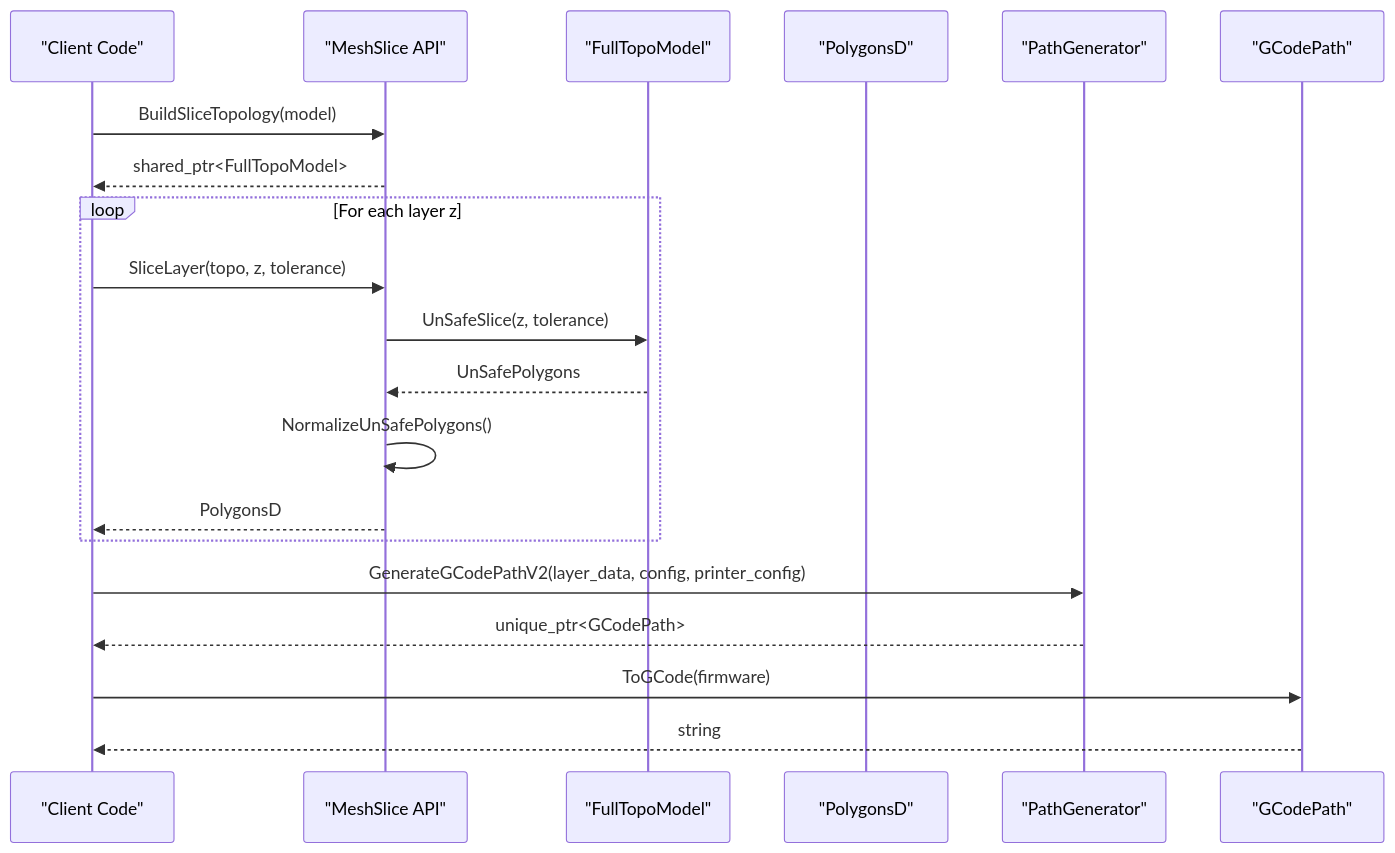
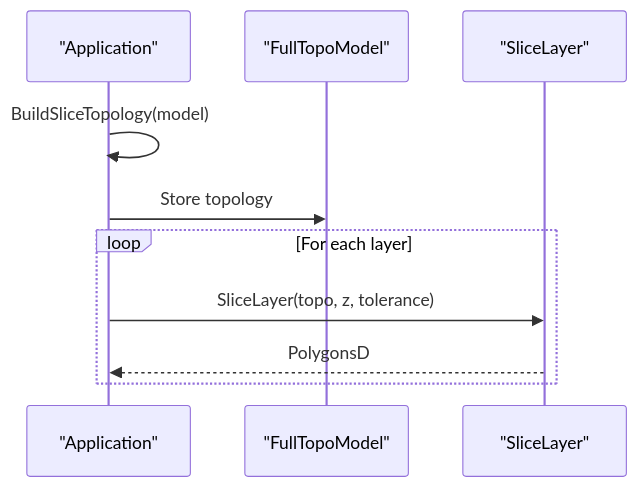
One commit to hsmbanlance/HsBaSlicer changed the fourth of 12 diagrams in .qoder/repowiki/en/content/API Reference/C++ Library API/C++ Library API.md. Above: the diagram before and after it, drawn with Mermaid. The commit also changed other lines of this file and 1095 other files, not shown here.

````diff
--- a/.qoder/repowiki/en/content/API Reference/C++ Library API/C++ Library API.md
+++ b/.qoder/repowiki/en/content/API Reference/C++ Library API/C++ Library API.md
@@ -126,22 +268,12 @@
 ```mermaid
 sequenceDiagram
-participant Client as "Client Code"
-participant Slice as "MeshSlice API"
+participant App as "Application"
 participant Topo as "FullTopoModel"
-participant Poly as "PolygonsD"
-participant Path as "PathGenerator"
-participant GCode as "GCodePath"
-Client->>Slice : BuildSliceTopology(model)
-Slice-->>Client : shared_ptr<FullTopoModel>
-loop For each layer z
-Client->>Slice : SliceLayer(topo, z, tolerance)
-Slice->>Topo : UnSafeSlice(z, tolerance)
-Topo-->>Slice : UnSafePolygons
-Slice->>Slice : NormalizeUnSafePolygons()
-Slice-->>Client : PolygonsD
+participant Slice as "SliceLayer"
+App->>App : BuildSliceTopology(model)
+App->>Topo : Store topology
+loop For each layer
+App->>Slice : SliceLayer(topo, z, tolerance)
+Slice-->>App : PolygonsD
 end
-Client->>Path : GenerateGCodePathV2(layer_data, config, printer_config)
-Path-->>Client : unique_ptr<GCodePath>
-Client->>GCode : ToGCode(firmware)
-GCode-->>Client : string
 ```
````
